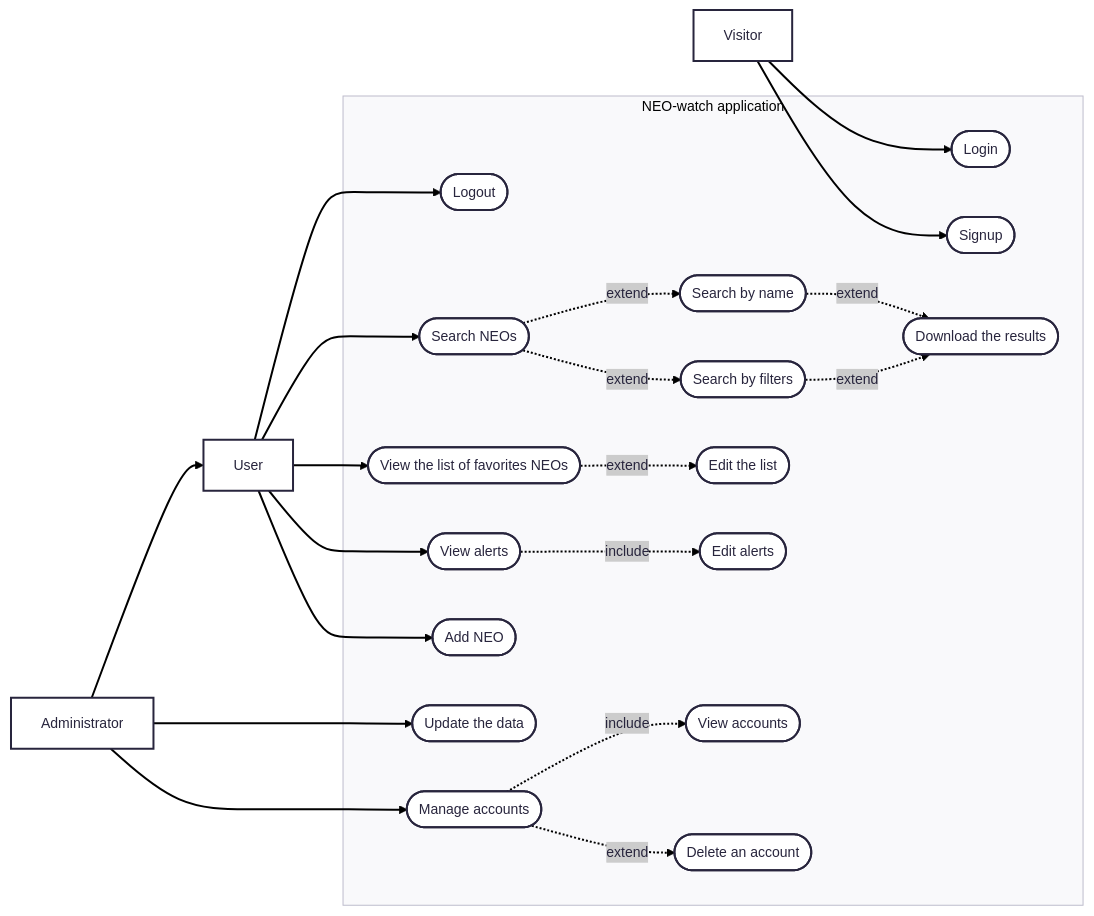
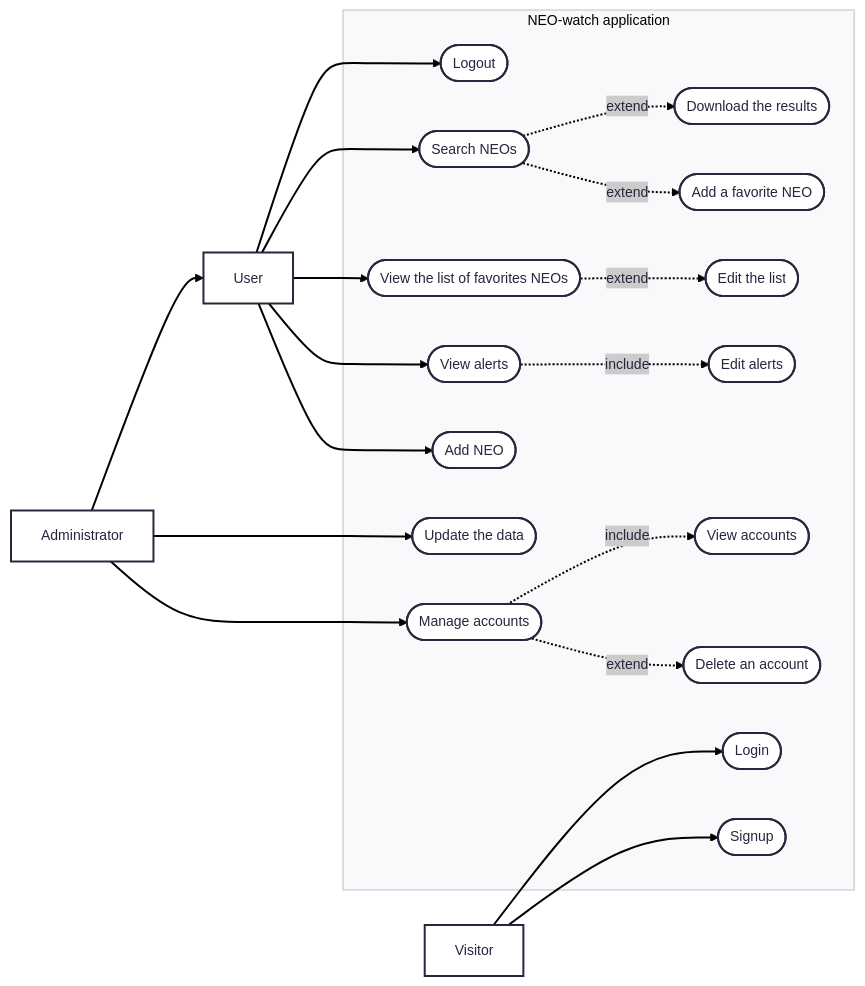
The diagram in doc/diagram/use_case_diagram.md (Yazaaaaaa/ensai-it-project-2a-team2), drawn with Mermaid before and after one commit.

Commit message:
Modif use case diagram
Reintroduced login and signup functionalities in the use case diagram, ensuring a complete representation of user interactions.

````diff
--- a/doc/diagram/use_case_diagram.md
+++ b/doc/diagram/use_case_diagram.md
@@ -1,50 +1,49 @@
 ```mermaid
 ---
 config:
   theme: redux
 ---
 flowchart LR
     Visitor["Visitor"]
     User["User"]
     Admin["Administrator"]
 
     subgraph subgroup["NEO-watch application"]
-        login([Login])
-        signup([Signup])
         logout([Logout])
         search([Search NEOs])
-        searchname([Search by name])
-        searchfilter([Search by filters])
         download([Download the results])
         favlist([View the list of favorites NEOs])
+        addfav([Add a favorite NEO])
         editlist([Edit the list])
         alerts([View alerts])
         editalerts([Edit alerts])
         add([Add NEO])
         update([Update the data])
         manage([Manage accounts])
         accounts([View accounts])
         deleteaccount([Delete an account])
+        login([Login])
+        signup([Signup])
         
     end
 
-    Visitor --> signup
-    Visitor --> login
+    
     User --> search
     User --> favlist
     User --> add
     User --> alerts
     User --> logout
     Admin --> manage
     Admin --> update
     Admin --> User
 
+    Visitor --> signup
+    Visitor --> login
+
     alerts -. "include" .-> editalerts
     manage -. "include" .-> accounts
-    search -. "extend" .-> searchname
-    search -. "extend" .-> searchfilter
-    searchname -. "extend" .-> download
-    searchfilter -. "extend" .-> download
+    search -. "extend" .-> download
+    search -. "extend" .-> addfav
     favlist -. "extend" .-> editlist
     manage -. "extend" .-> deleteaccount
 ```
````
